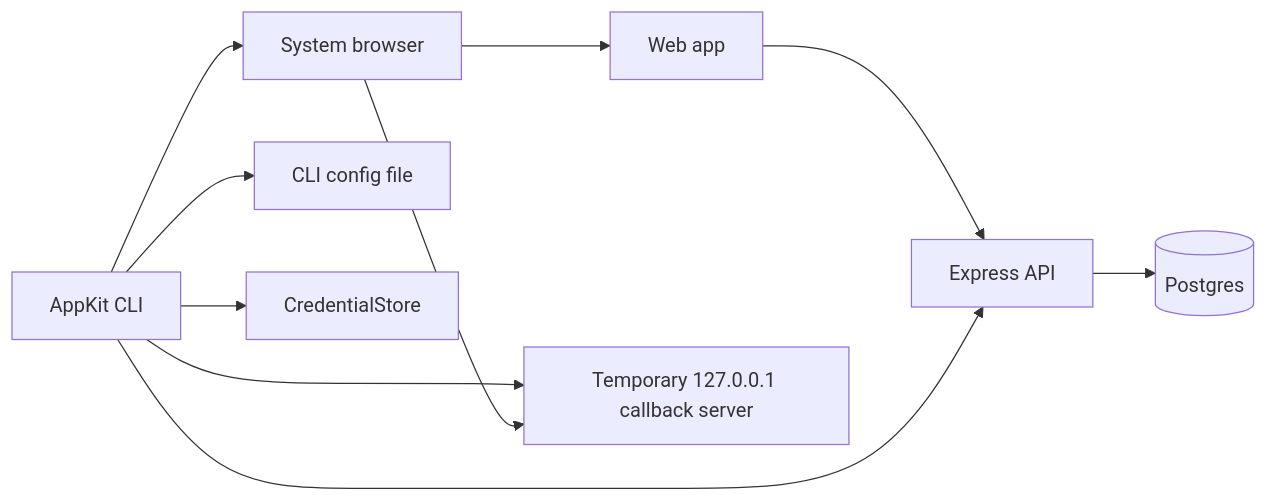
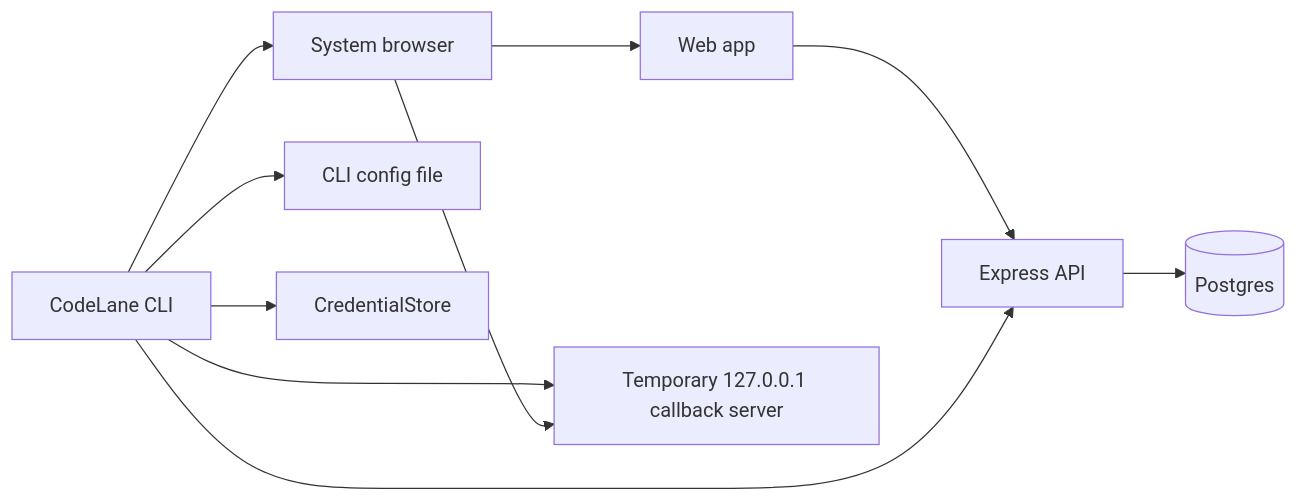
The first of 6 diagrams in docs/cli-auth.md (LucaMezz/codelane), drawn with Mermaid before and after one commit. The commit also changed other lines of this file and 96 other files, not shown here.

````diff
--- a/docs/cli-auth.md
+++ b/docs/cli-auth.md
@@ -87,12 +87,12 @@
 ```mermaid
 flowchart LR
-  CLI["AppKit CLI"] --> Browser["System browser"]
+  CLI["CodeLane CLI"] --> Browser["System browser"]
   Browser --> Web["Web app"]
   Web --> API["Express API"]
   API --> DB[("Postgres")]
   CLI --> API
   CLI --> Localhost["Temporary 127.0.0.1 callback server"]
   Browser --> Localhost
   CLI --> Config["CLI config file"]
   CLI --> SecretStore["CredentialStore"]
 ```
````
